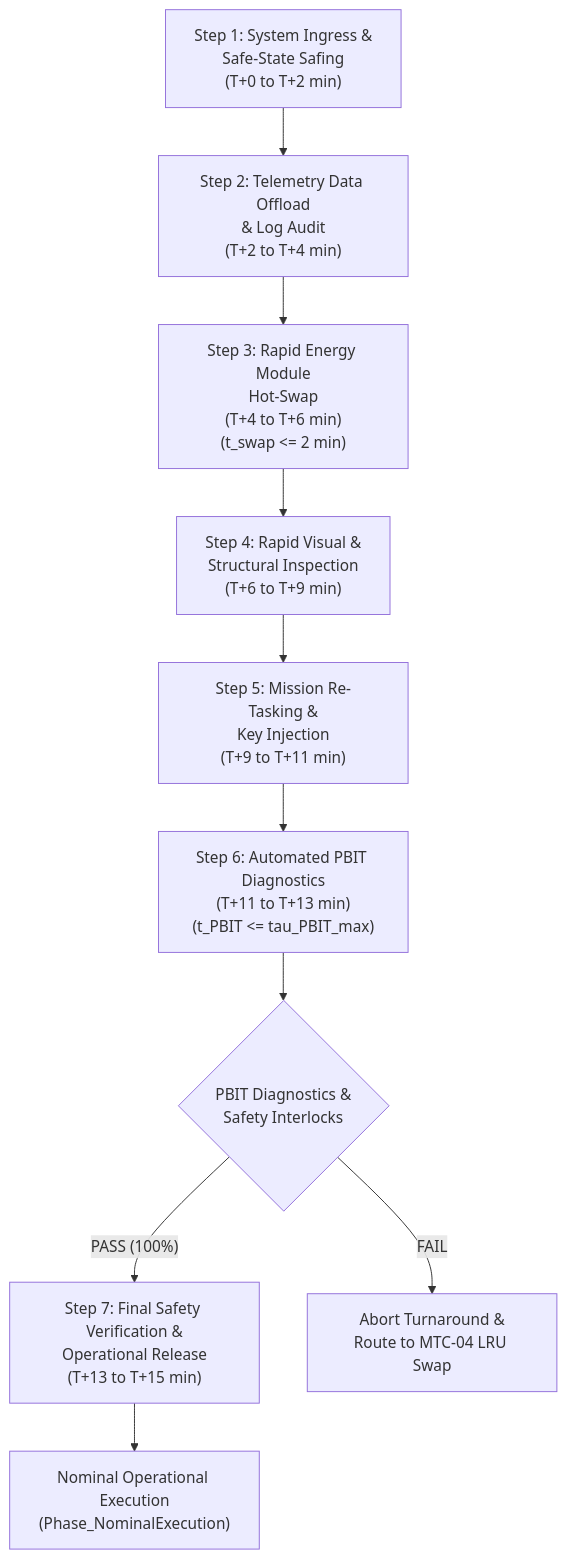
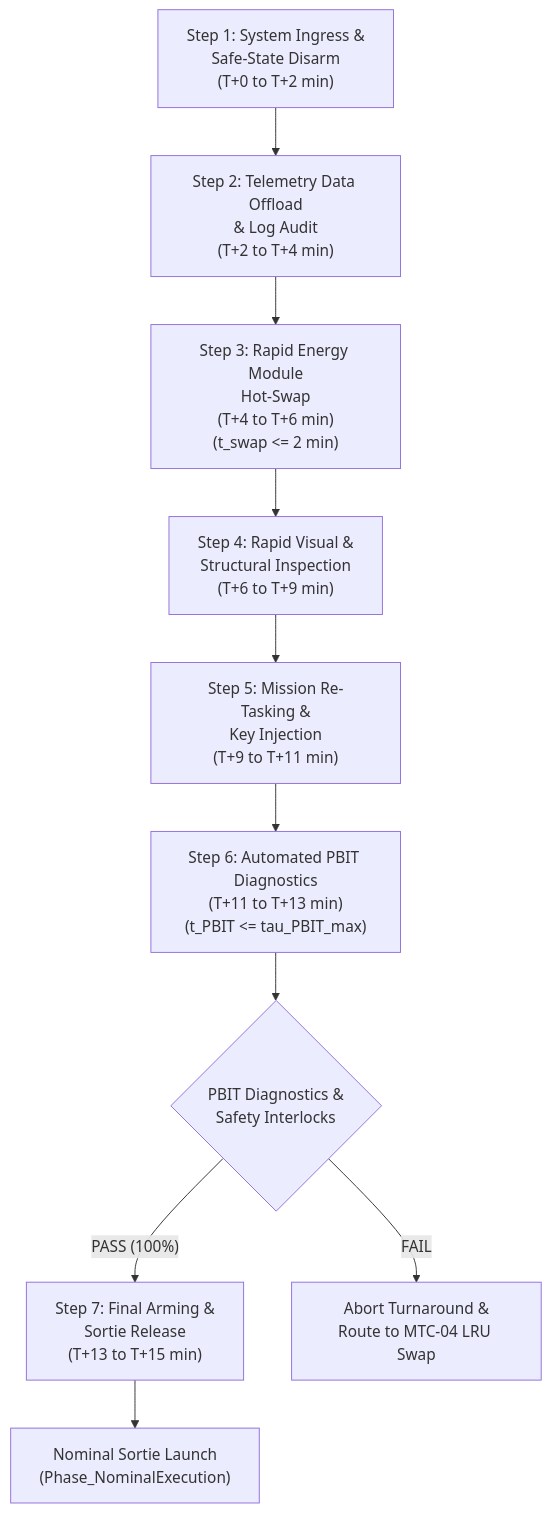
The diagram in skills/spec-conops-engineering/resources/units/conops/10_MAINTENANCE_AND_GSE_SUPPORT.md (gintatkinson/DEAP01-spec-core), drawn with Mermaid before and after one commit. The commit also changed other lines of this file and 2 other files, not shown here.

````diff
--- a/skills/spec-conops-engineering/resources/units/conops/10_MAINTENANCE_AND_GSE_SUPPORT.md
+++ b/skills/spec-conops-engineering/resources/units/conops/10_MAINTENANCE_AND_GSE_SUPPORT.md
@@ -70,12 +70,12 @@
 ```mermaid
 flowchart TD
-    Step1["Step 1: System Ingress &<br/>Safe-State Safing<br/>(T+0 to T+2 min)"] --> Step2["Step 2: Telemetry Data Offload<br/>& Log Audit<br/>(T+2 to T+4 min)"]
+    Step1["Step 1: System Ingress &<br/>Safe-State Disarm<br/>(T+0 to T+2 min)"] --> Step2["Step 2: Telemetry Data Offload<br/>& Log Audit<br/>(T+2 to T+4 min)"]
     Step2 --> Step3["Step 3: Rapid Energy Module<br/>Hot-Swap<br/>(T+4 to T+6 min)<br/>(t_swap <= 2 min)"]
     Step3 --> Step4["Step 4: Rapid Visual &<br/>Structural Inspection<br/>(T+6 to T+9 min)"]
     Step4 --> Step5["Step 5: Mission Re-Tasking &<br/>Key Injection<br/>(T+9 to T+11 min)"]
     Step5 --> Step6["Step 6: Automated PBIT Diagnostics<br/>(T+11 to T+13 min)<br/>(t_PBIT <= tau_PBIT_max)"]
     Step6 --> GateCheck{"PBIT Diagnostics &<br/>Safety Interlocks"}
-    GateCheck -- "PASS (100%)" --> Step7["Step 7: Final Safety Verification &<br/>Operational Release<br/>(T+13 to T+15 min)"]
+    GateCheck -- "PASS (100%)" --> Step7["Step 7: Final Arming &<br/>Sortie Release<br/>(T+13 to T+15 min)"]
     GateCheck -- "FAIL" --> AbortMTC04["Abort Turnaround &<br/>Route to MTC-04 LRU Swap"]
-    Step7 --> SortieLaunch["Nominal Operational Execution<br/>(Phase_NominalExecution)"]
+    Step7 --> SortieLaunch["Nominal Sortie Launch<br/>(Phase_NominalExecution)"]
 ```
````
